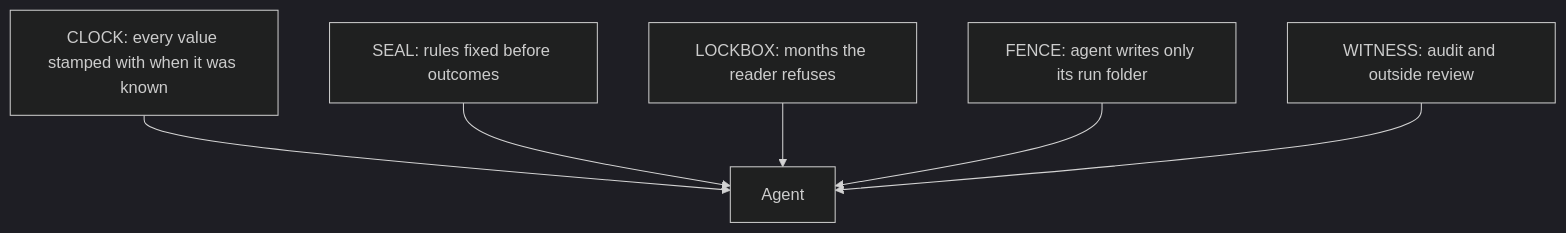
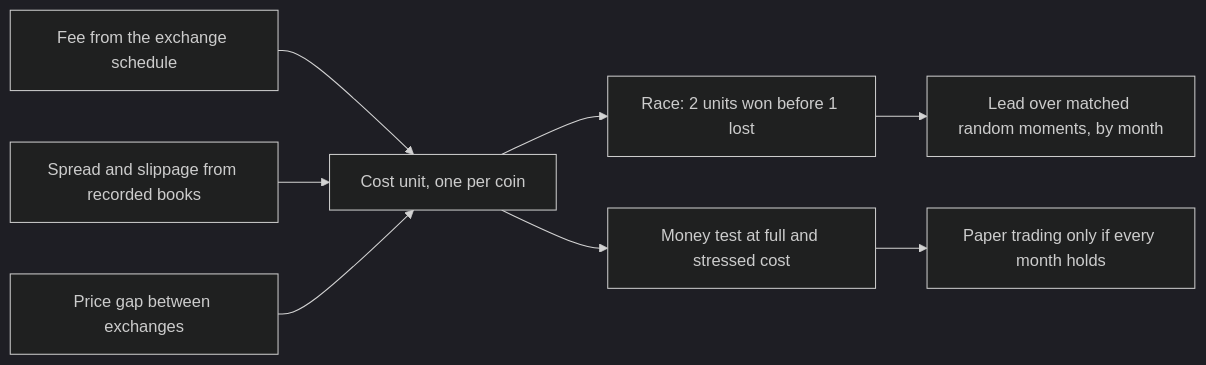
Before and after one commit to BorjaTR/Agentic-Trading-Desk: diagram 19 of 20 in README.md, drawn with Mermaid (dark theme). The commit also changed other lines of this file and 20 other files, not shown here.

````diff
--- a/README.md
+++ b/README.md
@@ -190,8 +630,10 @@
 ```mermaid
-flowchart TD
-  CLOCK["CLOCK: every value stamped with when it was known"] --> AGENT["Agent"]
-  SEAL["SEAL: rules fixed before outcomes"] --> AGENT
-  LOCKBOX["LOCKBOX: months the reader refuses"] --> AGENT
-  FENCE["FENCE: agent writes only its run folder"] --> AGENT
-  WITNESS["WITNESS: audit and outside review"] --> AGENT
+flowchart LR
+  F["Fee from the exchange schedule"] --> C["Cost unit, one per coin"]
+  S["Spread and slippage from recorded books"] --> C
+  G["Price gap between exchanges"] --> C
+  C --> R["Race: 2 units won before 1 lost"]
+  R --> L["Lead over matched random moments, by month"]
+  C --> M["Money test at full and stressed cost"]
+  M --> P["Paper trading only if every month holds"]
 ```
````
